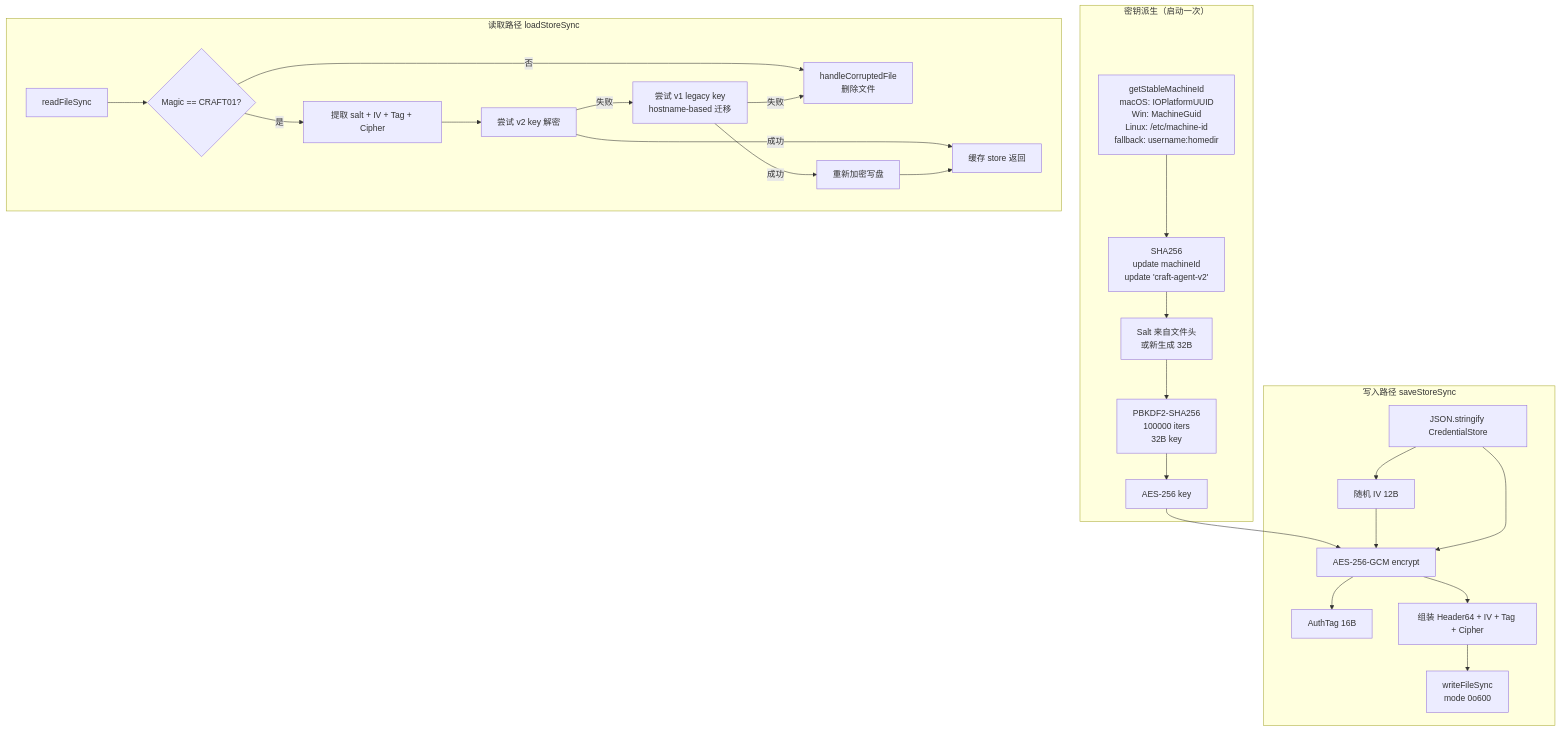
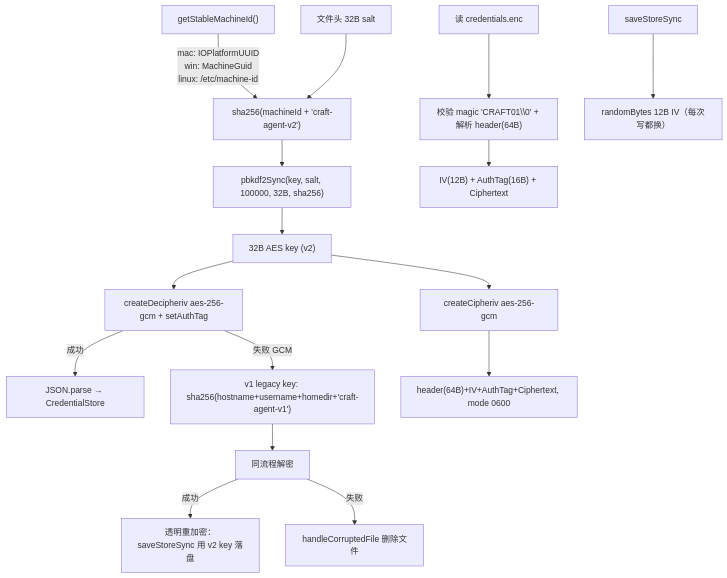
The second of 3 diagrams in docs/code-research/04_mechanism_sources_credentials_skills.md (TTsWorld/craft-agents-oss), drawn with Mermaid before and after one commit. The commit also changed other lines of this file and 13 other files, not shown here.

````diff
--- a/docs/code-research/04_mechanism_sources_credentials_skills.md
+++ b/docs/code-research/04_mechanism_sources_credentials_skills.md
@@ -234,32 +82,20 @@
 ```mermaid
 flowchart TD
-  subgraph Derive["密钥派生（启动一次）"]
-    M1[getStableMachineId<br/>macOS: IOPlatformUUID<br/>Win: MachineGuid<br/>Linux: /etc/machine-id<br/>fallback: username:homedir]
-    M1 --> H[SHA256<br/>update machineId<br/>update 'craft-agent-v2']
-    H --> SALT[Salt 来自文件头<br/>或新生成 32B]
-    SALT --> P[PBKDF2-SHA256<br/>100000 iters<br/>32B key]
-    P --> KEY[AES-256 key]
-  end
+    A["getStableMachineId()"] -->|"mac: IOPlatformUUID<br/>win: MachineGuid<br/>linux: /etc/machine-id"| B["sha256(machineId + 'craft-agent-v2')"]
+    SALT["文件头 32B salt"] --> B
+    B --> PBK["pbkdf2Sync(key, salt, 100000, 32B, sha256)"]
+    PBK --> KEY["32B AES key (v2)"]
 
-  subgraph Write["写入路径 saveStoreSync"]
-    W1[JSON.stringify CredentialStore] --> W2[随机 IV 12B]
-    KEY --> W3[AES-256-GCM encrypt]
-    W2 --> W3
-    W3 --> W4[AuthTag 16B]
-    W1 --> W3
-    W3 --> W5[组装 Header64 + IV + Tag + Cipher]
-    W5 --> W6[writeFileSync<br/>mode 0o600]
-  end
+    READ["读 credentials.enc"] --> HDR["校验 magic 'CRAFT01\\0' + 解析 header(64B)"]
+    HDR --> ENC["IV(12B) + AuthTag(16B) + Ciphertext"]
+    KEY --> TRY1["createDecipheriv aes-256-gcm + setAuthTag"]
+    TRY1 -->|成功| OK["JSON.parse → CredentialStore"]
+    TRY1 -->|失败 GCM| LEG["v1 legacy key: sha256(hostname+username+homedir+'craft-agent-v1')"]
+    LEG --> TRY2["同流程解密"]
+    TRY2 -->|成功| MIG["透明重加密：saveStoreSync 用 v2 key 落盘"]
+    TRY2 -->|失败| DEL["handleCorruptedFile 删除文件"]
 
-  subgraph Read["读取路径 loadStoreSync"]
-    R1[readFileSync] --> R2{Magic == CRAFT01?}
-    R2 -- 否 --> RC[handleCorruptedFile<br/>删除文件]
-    R2 -- 是 --> R3[提取 salt + IV + Tag + Cipher]
-    R3 --> RD1[尝试 v2 key 解密]
-    RD1 -- 成功 --> RCACHE[缓存 store 返回]
-    RD1 -- 失败 --> RD2[尝试 v1 legacy key<br/>hostname-based 迁移]
-    RD2 -- 成功 --> RMIG[重新加密写盘]
-    RD2 -- 失败 --> RC
-    RMIG --> RCACHE
-  end
+    WRITE["saveStoreSync"] --> IV2["randomBytes 12B IV（每次写都换）"]
+    KEY --> CIPH["createCipheriv aes-256-gcm"]
+    CIPH --> OUT["header(64B)+IV+AuthTag+Ciphertext, mode 0600"]
 ```
````
